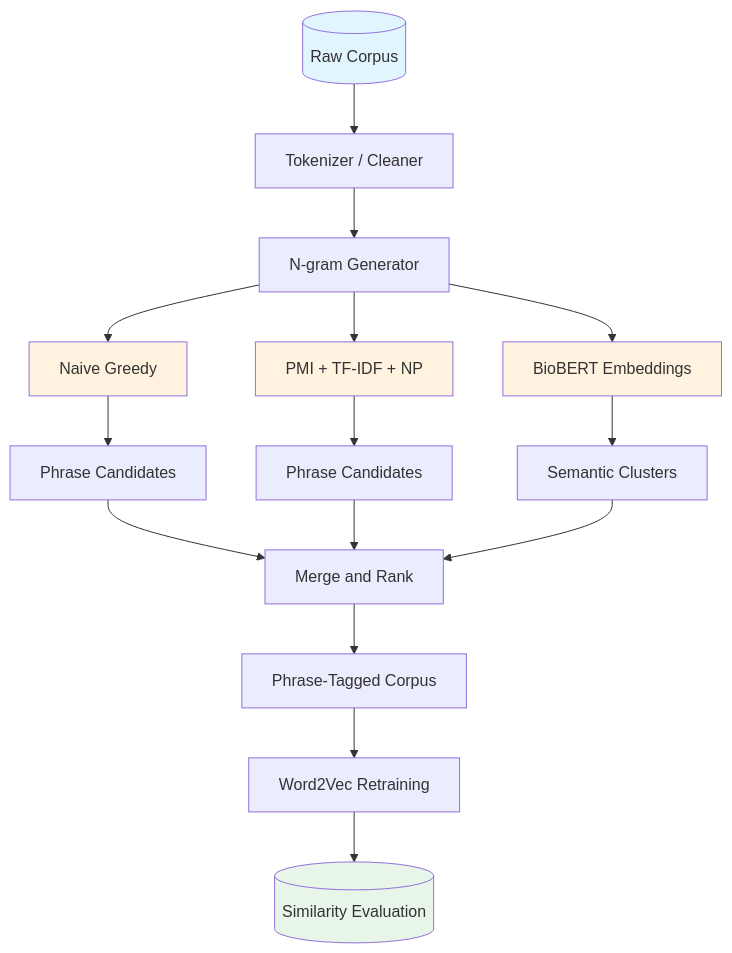
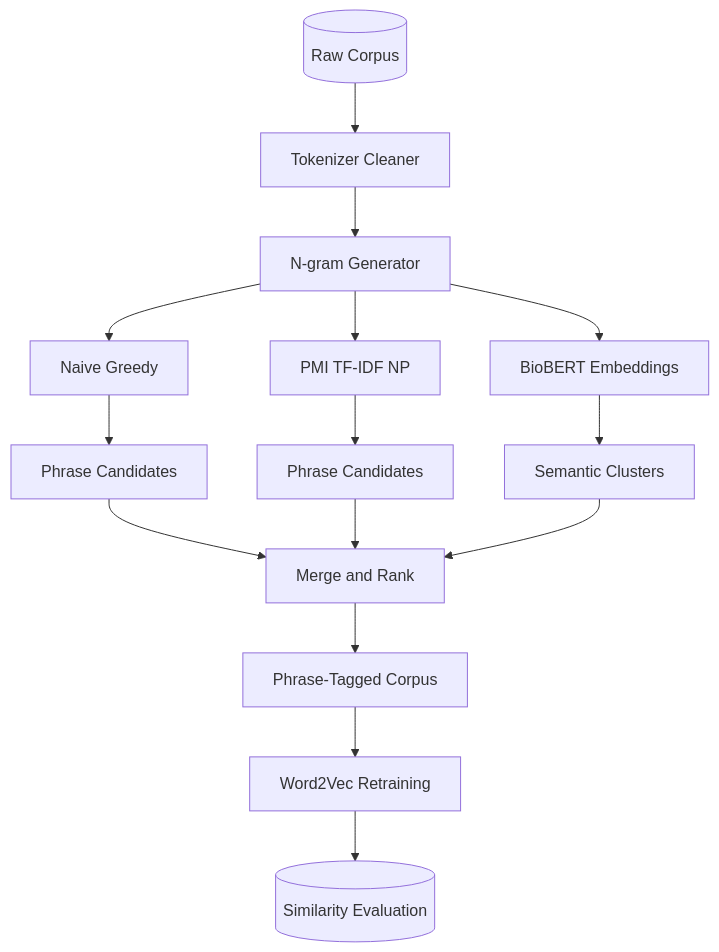
One commit to Mahim05078/mahim05078.github.io changed the fourth of 4 diagrams in _pages/projects.md. Above: the diagram before and after it, drawn with Mermaid. The commit also changed other lines of this file, not shown here.

Commit message:
update Dec 25:6 - mermaid diagrams

````diff
--- a/_pages/projects.md
+++ b/_pages/projects.md
@@ -130,23 +116,17 @@
-<div class="mermaid">
+```mermaid
 flowchart TD
-    A[(Raw Corpus)] --> B[Tokenizer / Cleaner]
+    A[(Raw Corpus)] --> B[Tokenizer Cleaner]
     B --> C[N-gram Generator]
     C --> D[Naive Greedy]
-    C --> E[PMI + TF-IDF + NP]
+    C --> E[PMI TF-IDF NP]
     C --> F[BioBERT Embeddings]
     D --> G[Phrase Candidates]
     E --> H[Phrase Candidates]
     F --> I[Semantic Clusters]
     G --> J[Merge and Rank]
     H --> J
     I --> J
     J --> K[Phrase-Tagged Corpus]
     K --> L[Word2Vec Retraining]
     L --> M[(Similarity Evaluation)]
-
-    style A fill:#e1f5fe
-    style D fill:#fff3e0
-    style E fill:#fff3e0
-    style F fill:#fff3e0
-    style M fill:#e8f5e9
-</div>
+```
````
